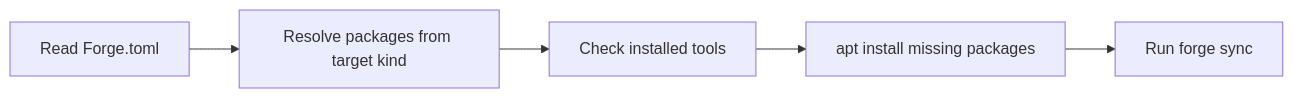
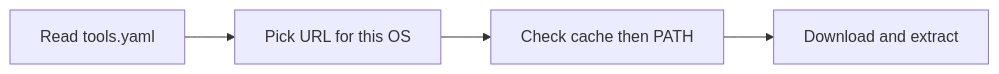
The second of 4 diagrams in ROADMAP.md (MCUBoostGh/forge), drawn with Mermaid before and after one commit. The commit also changed other lines of this file and 5 other files, not shown here.

````diff
--- a/ROADMAP.md
+++ b/ROADMAP.md
@@ -143,10 +126,8 @@
 ```mermaid
 flowchart LR
-  readToml[Read Forge.toml]
-  resolvePkgs[Resolve packages from target kind]
-  checkHost[Check installed tools]
-  installMissing[apt install missing packages]
-  runSync[Run forge sync]
-
-  readToml --> resolvePkgs --> checkHost --> installMissing --> runSync
+  readYaml[Read tools.yaml]
+  pickOS[Pick URL for this OS]
+  checkCache[Check cache then PATH]
+  download[Download and extract]
+  readYaml --> pickOS --> checkCache --> download
 ```
````
